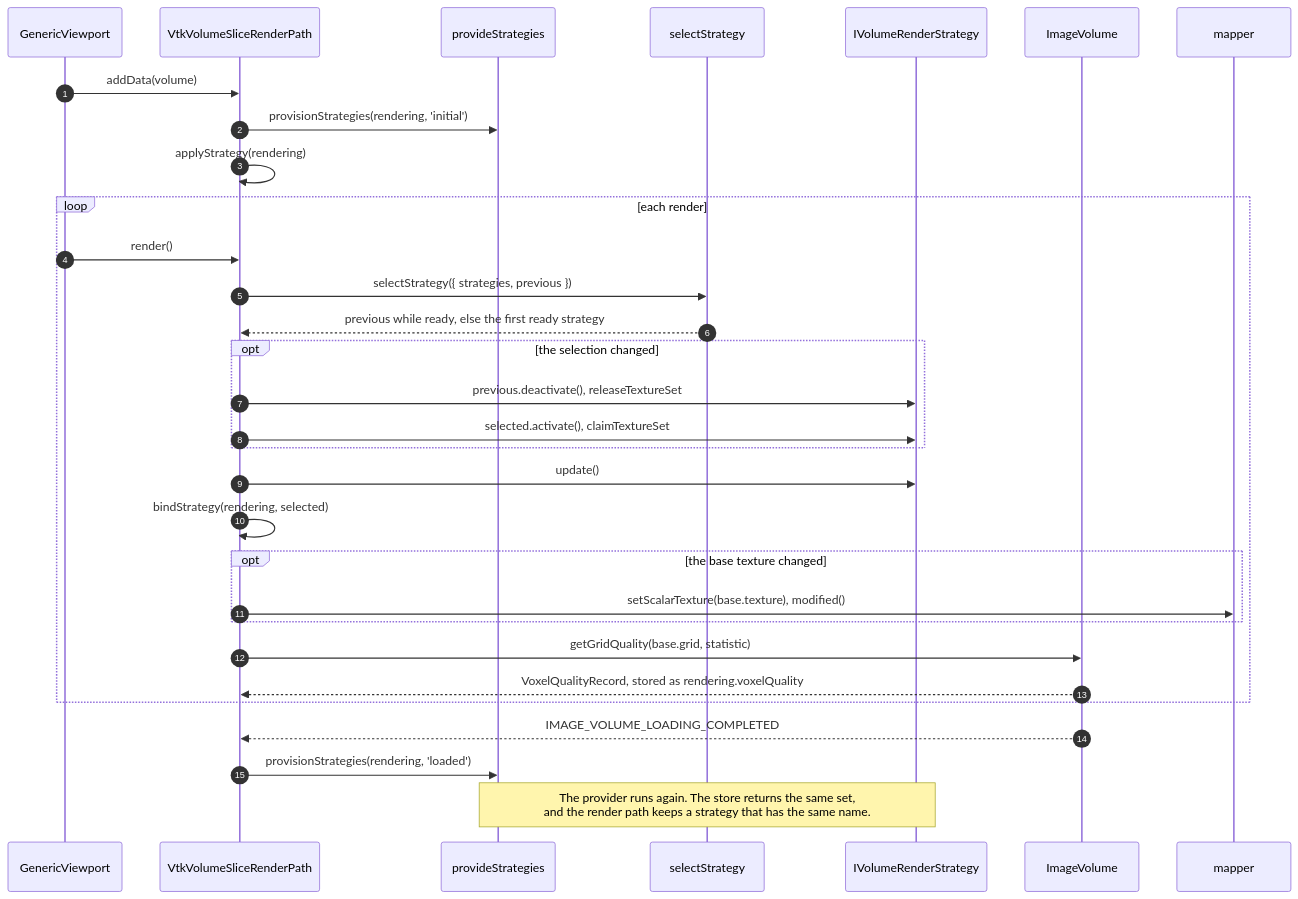
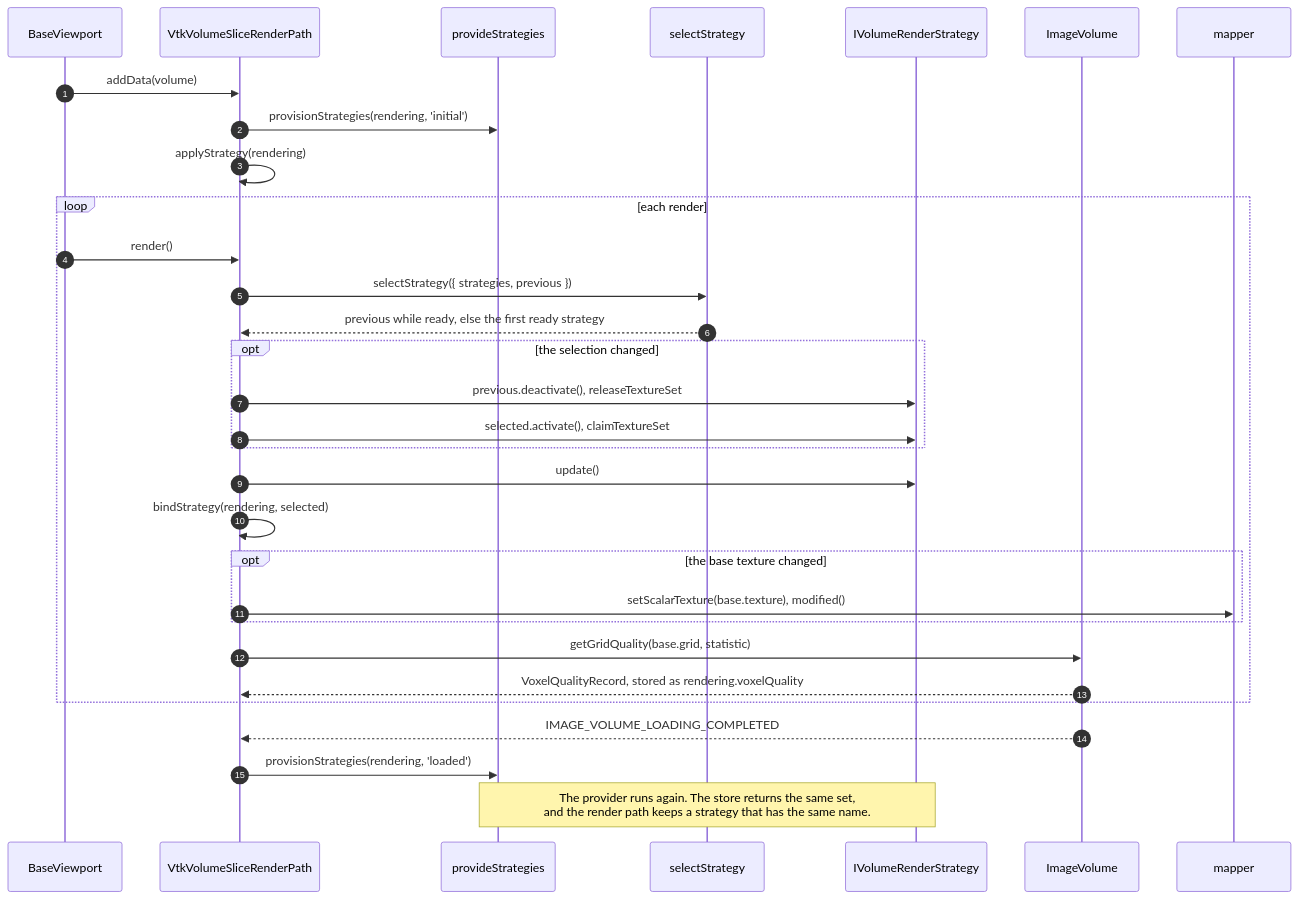
The fifth of 6 diagrams in packages/docs/docs/concepts/cornerstone-core/volumeRenderSequences.md (cornerstonejs/cornerstone3D), drawn with Mermaid before and after one commit. The commit also changed other lines of this file and 413 other files, not shown here.

First line of the commit message:
refactor!: no Generic names: BaseViewport, RenderingEngine/Viewports (N1)

````diff
--- a/packages/docs/docs/concepts/cornerstone-core/volumeRenderSequences.md
+++ b/packages/docs/docs/concepts/cornerstone-core/volumeRenderSequences.md
@@ -237,34 +237,34 @@
 ```mermaid
 sequenceDiagram
     autonumber
-    participant GV as GenericViewport
+    participant GV as BaseViewport
     participant RP as VtkVolumeSliceRenderPath
     participant Prov as provideStrategies
     participant Sel as selectStrategy
     participant Strat as IVolumeRenderStrategy
     participant Vol as ImageVolume
     participant Map as mapper
 
     GV->>RP: addData(volume)
     RP->>Prov: provisionStrategies(rendering, 'initial')
     RP->>RP: applyStrategy(rendering)
     loop each render
         GV->>RP: render()
         RP->>Sel: selectStrategy({ strategies, previous })
         Sel-->>RP: previous while ready, else the first ready strategy
         opt the selection changed
             RP->>Strat: previous.deactivate(), releaseTextureSet
             RP->>Strat: selected.activate(), claimTextureSet
         end
         RP->>Strat: update()
         RP->>RP: bindStrategy(rendering, selected)
         opt the base texture changed
             RP->>Map: setScalarTexture(base.texture), modified()
         end
         RP->>Vol: getGridQuality(base.grid, statistic)
         Vol-->>RP: VoxelQualityRecord, stored as rendering.voxelQuality
     end
     Vol-->>RP: IMAGE_VOLUME_LOADING_COMPLETED
     RP->>Prov: provisionStrategies(rendering, 'loaded')
     Note over Prov,Strat: The provider runs again. The store returns the same set,<br/>and the render path keeps a strategy that has the same name.
 ```
````
